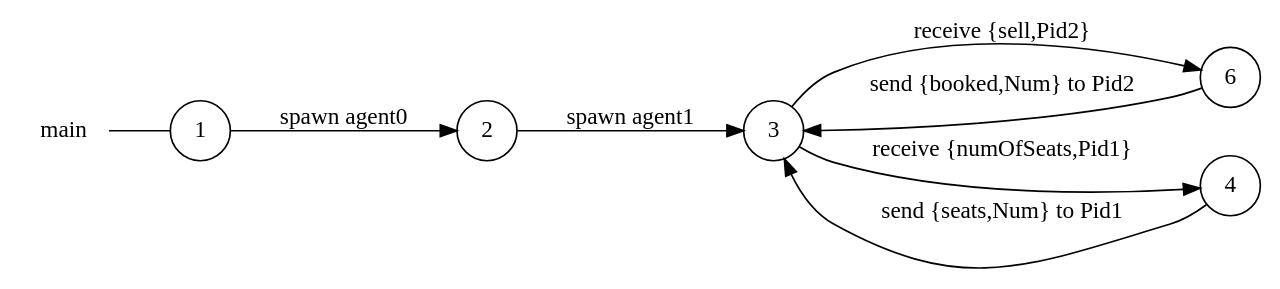
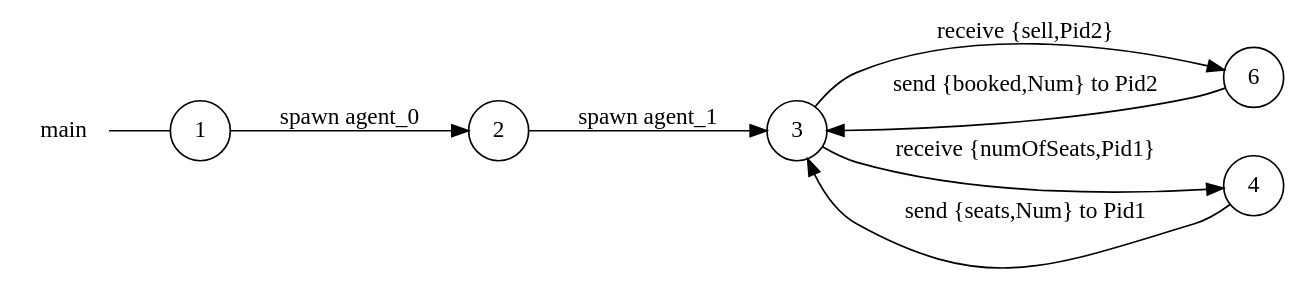
The diagram in examples/airline/main_local_view.dot (gabrielegenovese/chorer), drawn with Graphviz before and after one commit. The commit also changed 4 other files, not shown here.

```diff
--- a/examples/airline/main_local_view.dot
+++ b/examples/airline/main_local_view.dot
@@ -1,17 +1,17 @@
 digraph main {
 	rankdir="LR";
 	n_0 [label="main", shape="plaintext"];
 	n_1 [id="6", shape=circle, label="6"];
 	n_2 [id="1", shape=circle, label="1"];
 	n_0 -> n_2 [arrowhead=none];
 	n_3 [id="2", shape=circle, label="2"];
 	n_4 [id="4", shape=circle, label="4"];
 	n_5 [id="3", shape=circle, label="3"];
 
-	n_3 -> n_5 [id="[$e|0]", label="spawn agent1"];
+	n_2 -> n_3 [id="[$e|2]", label="spawn agent_0"];
+	n_5 -> n_4 [id="[$e|0]", label="receive {numOfSeats,Pid1}"];
 	n_1 -> n_5 [id="[$e|12]", label="send {booked,Num} to Pid2"];
-	n_5 -> n_4 [id="[$e|1]", label="receive {numOfSeats,Pid1}"];
-	n_2 -> n_3 [id="[$e|7]", label="spawn agent0"];
+	n_3 -> n_5 [id="[$e|1]", label="spawn agent_1"];
+	n_5 -> n_1 [id="[$e|7]", label="receive {sell,Pid2}"];
 	n_4 -> n_5 [id="[$e|11]", label="send {seats,Num} to Pid1"];
-	n_5 -> n_1 [id="[$e|6]", label="receive {sell,Pid2}"];
 }
```
